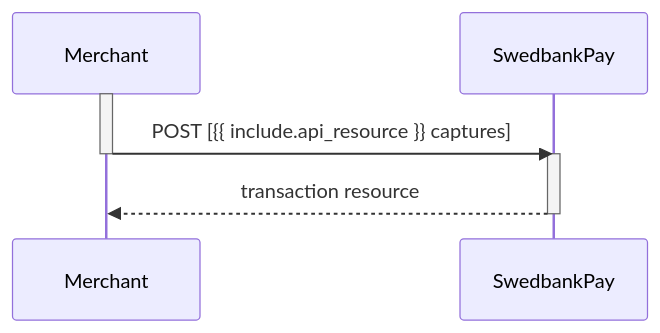
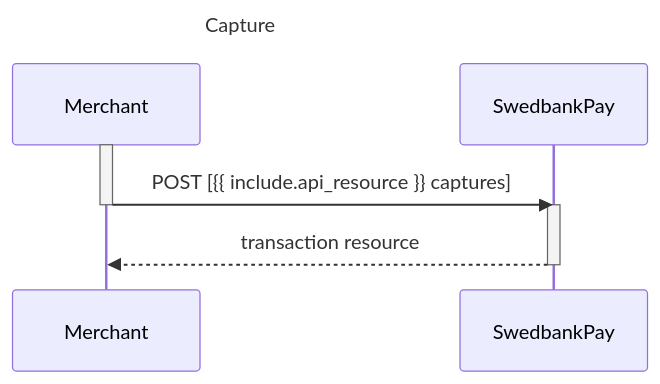
One commit to SwedbankPay/developer.swedbankpay.com changed the diagram in _includes/capture.md. Above: the diagram before and after it, drawn with Mermaid. The commit also changed 66 other files, not shown here.

Commit message:
Added titles in sequence diagrams

````diff
--- a/_includes/capture.md
+++ b/_includes/capture.md
@@ -330,7 +330,8 @@
 ```mermaid
 sequenceDiagram
+title: Capture
   activate Merchant
   Merchant->>-SwedbankPay: POST [{{ include.api_resource }} captures]
   activate SwedbankPay
   SwedbankPay-->>-Merchant: transaction resource
 ```
````
